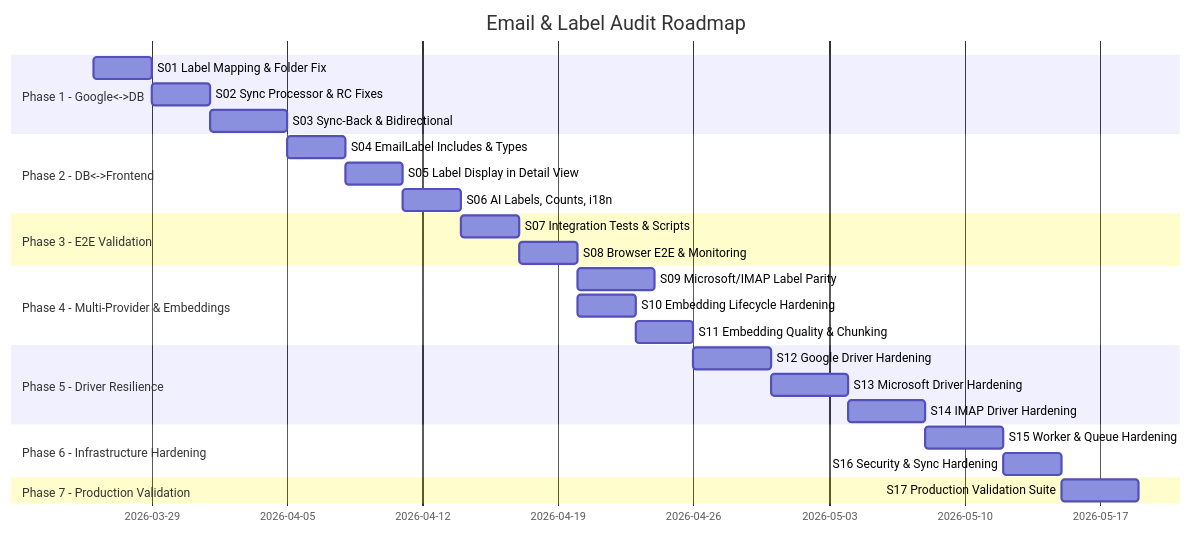
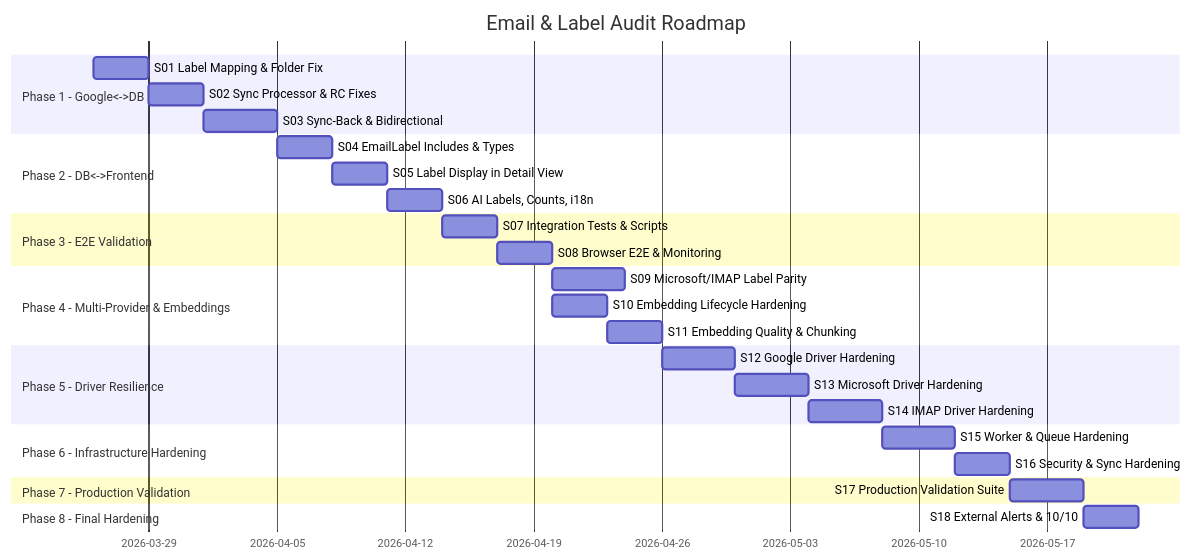
One commit to Chetto983/PMSync changed the diagram in email-label-audit/docs/01-ROADMAP.md. Above: the diagram before and after it, drawn with Mermaid. The commit also changed other lines of this file and 1 other file, not shown here.

First line of the commit message:
docs(email-labels): Sprint 18 — Final Hardening to close last scorecard gap

````diff
--- a/email-label-audit/docs/01-ROADMAP.md
+++ b/email-label-audit/docs/01-ROADMAP.md
@@ -5,29 +5,31 @@
 ```mermaid
 gantt
     title Email & Label Audit Roadmap
     dateFormat  YYYY-MM-DD
     section Phase 1 - Google<->DB
     S01 Label Mapping & Folder Fix    :s01, 2026-03-26, 3d
     S02 Sync Processor & RC Fixes     :s02, after s01, 3d
     S03 Sync-Back & Bidirectional     :s03, after s02, 4d
     section Phase 2 - DB<->Frontend
     S04 EmailLabel Includes & Types   :s04, after s03, 3d
     S05 Label Display in Detail View  :s05, after s04, 3d
     S06 AI Labels, Counts, i18n       :s06, after s05, 3d
     section Phase 3 - E2E Validation
     S07 Integration Tests & Scripts   :s07, after s06, 3d
     S08 Browser E2E & Monitoring      :s08, after s07, 3d
     section Phase 4 - Multi-Provider & Embeddings
     S09 Microsoft/IMAP Label Parity   :s09, after s08, 4d
     S10 Embedding Lifecycle Hardening  :s10, after s08, 3d
     S11 Embedding Quality & Chunking  :s11, after s10, 3d
     section Phase 5 - Driver Resilience
     S12 Google Driver Hardening       :s12, after s11, 4d
     S13 Microsoft Driver Hardening    :s13, after s12, 4d
     S14 IMAP Driver Hardening         :s14, after s13, 4d
     section Phase 6 - Infrastructure Hardening
     S15 Worker & Queue Hardening      :s15, after s14, 4d
     S16 Security & Sync Hardening     :s16, after s15, 3d
     section Phase 7 - Production Validation
     S17 Production Validation Suite   :s17, after s16, 4d
+    section Phase 8 - Final Hardening
+    S18 External Alerts & 10/10       :s18, after s17, 3d
 ```
````
